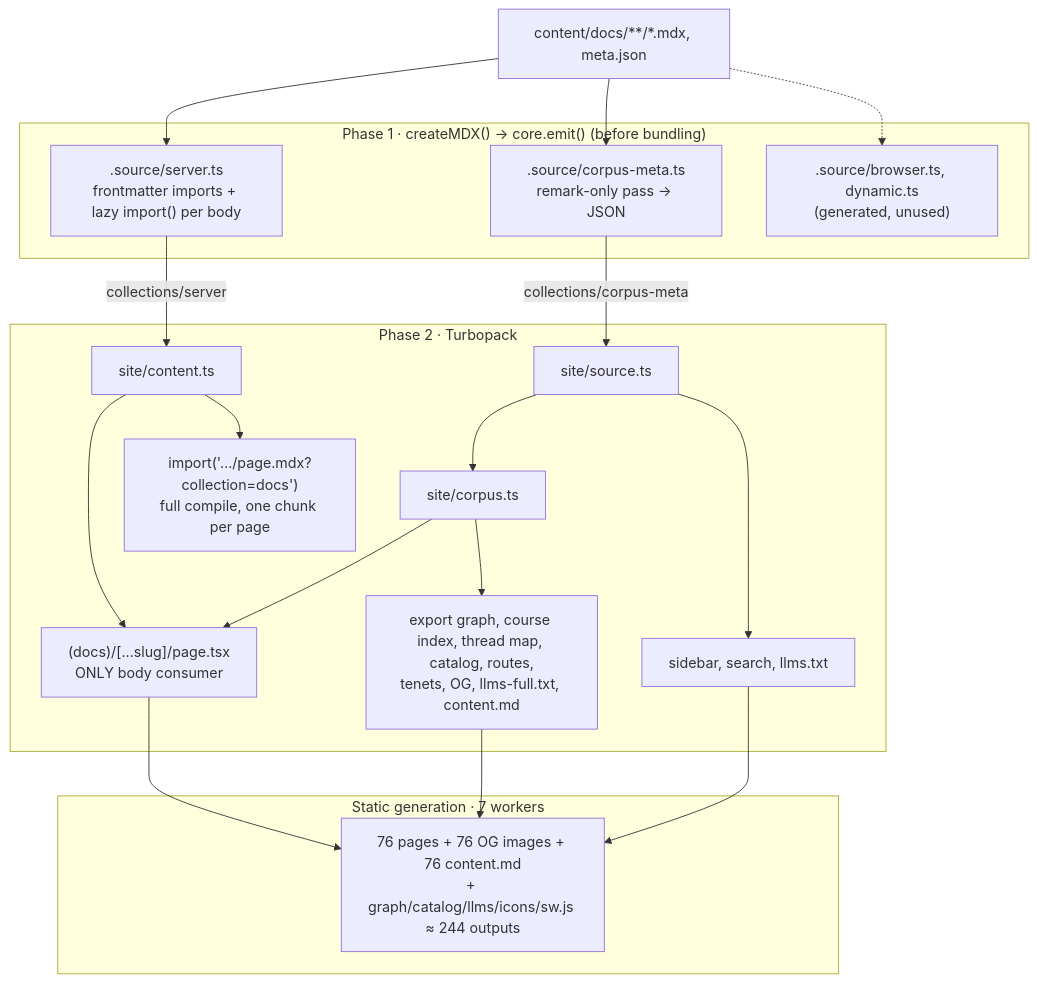
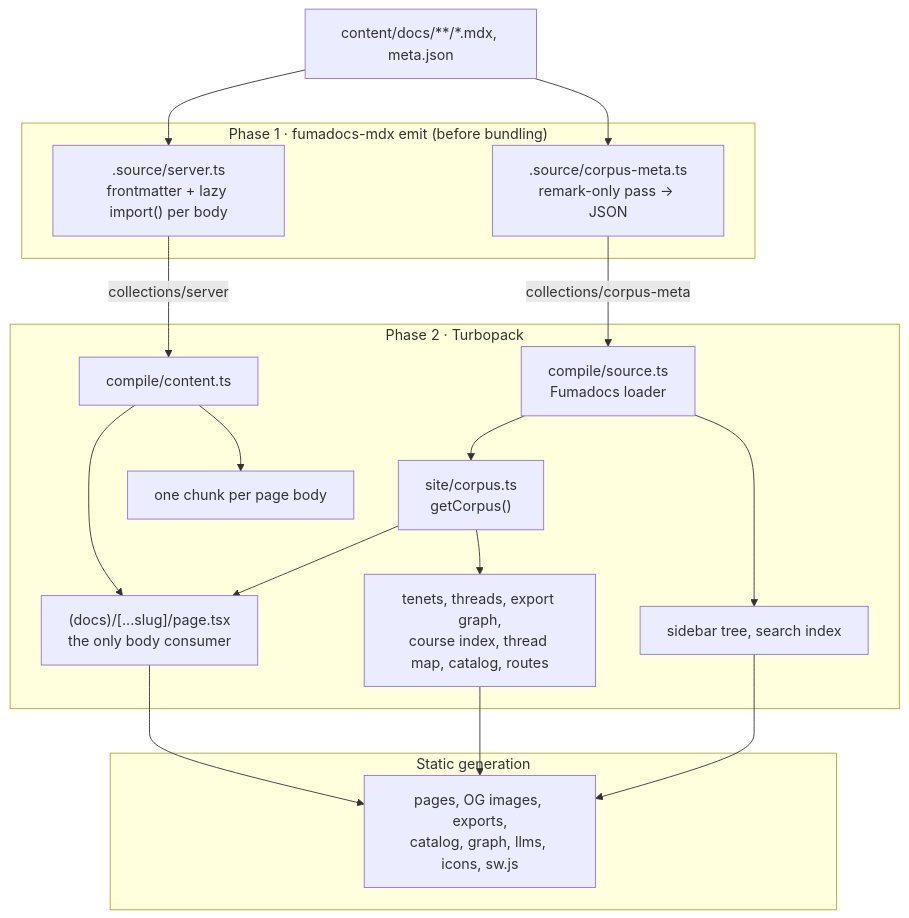
The diagram in COMPILE.md (kevinnhou/MATH1251), drawn with Mermaid before and after one commit. The commit also changed other lines of this file and 168 other files, not shown here.

````diff
--- a/COMPILE.md
+++ b/COMPILE.md
@@ -18,39 +53,37 @@
 ```mermaid
 flowchart TD
     src["content/docs/**/*.mdx, meta.json"]
 
-    subgraph P1["Phase 1 · createMDX() → core.emit() (before bundling)"]
+    subgraph P1["Phase 1 · fumadocs-mdx emit (before bundling)"]
         meta[".source/corpus-meta.ts<br/>remark-only pass → JSON"]
-        server[".source/server.ts<br/>frontmatter imports + lazy import() per body"]
-        unused[".source/browser.ts, dynamic.ts<br/>(generated, unused)"]
+        server[".source/server.ts<br/>frontmatter + lazy import() per body"]
     end
 
     subgraph P2["Phase 2 · Turbopack"]
-        source["site/source.ts"]
-        corpus["site/corpus.ts"]
-        content["site/content.ts"]
-        chunks["import('…/page.mdx?collection=docs')<br/>full compile, one chunk per page"]
-        light["sidebar, search, llms.txt"]
-        derived["export graph, course index, thread map, catalog, routes,<br/>tenets, OG, llms-full.txt, content.md"]
-        page["(docs)/[...slug]/page.tsx<br/>ONLY body consumer"]
+        source["compile/source.ts<br/>Fumadocs loader"]
+        corpus["site/corpus.ts<br/>getCorpus()"]
+        content["compile/content.ts"]
+        chunks["one chunk per page body"]
+        light["sidebar tree, search index"]
+        derived["tenets, threads, export graph,<br/>course index, thread map, catalog, routes"]
+        page["(docs)/[...slug]/page.tsx<br/>the only body consumer"]
     end
 
-    subgraph P3["Static generation · 7 workers"]
-        out["76 pages + 76 OG images + 76 content.md<br/>+ graph/catalog/llms/icons/sw.js ≈ 244 outputs"]
+    subgraph P3["Static generation"]
+        out["pages, OG images, exports,<br/>catalog, graph, llms, icons, sw.js"]
     end
 
     src --> meta
     src --> server
-    src -.-> unused
     meta -- "collections/corpus-meta" --> source
     source --> corpus
     source --> light
     corpus --> derived
     corpus --> page
     server -- "collections/server" --> content
+    content --> chunks
     content --> page
-    content --> chunks
     light --> out
     derived --> out
     page --> out
 ```
````
